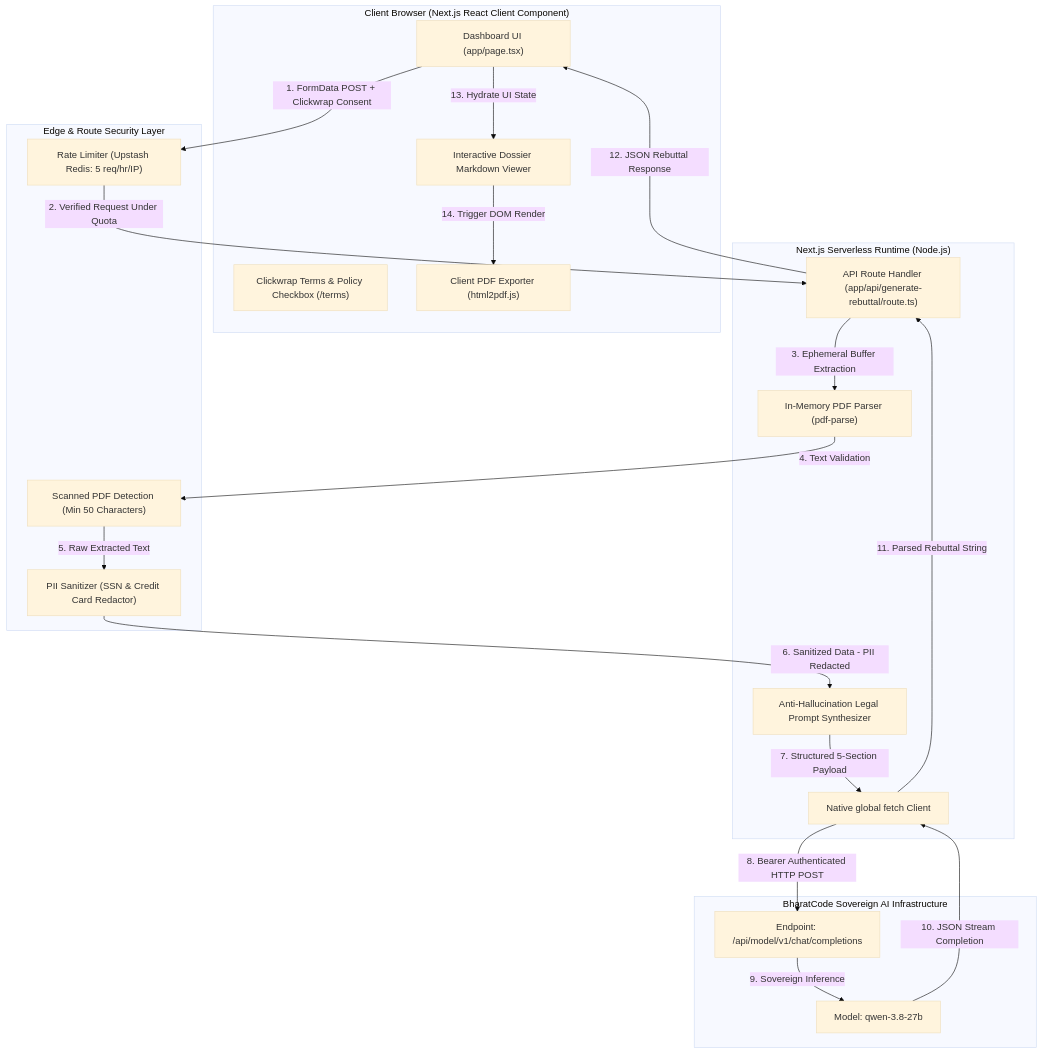
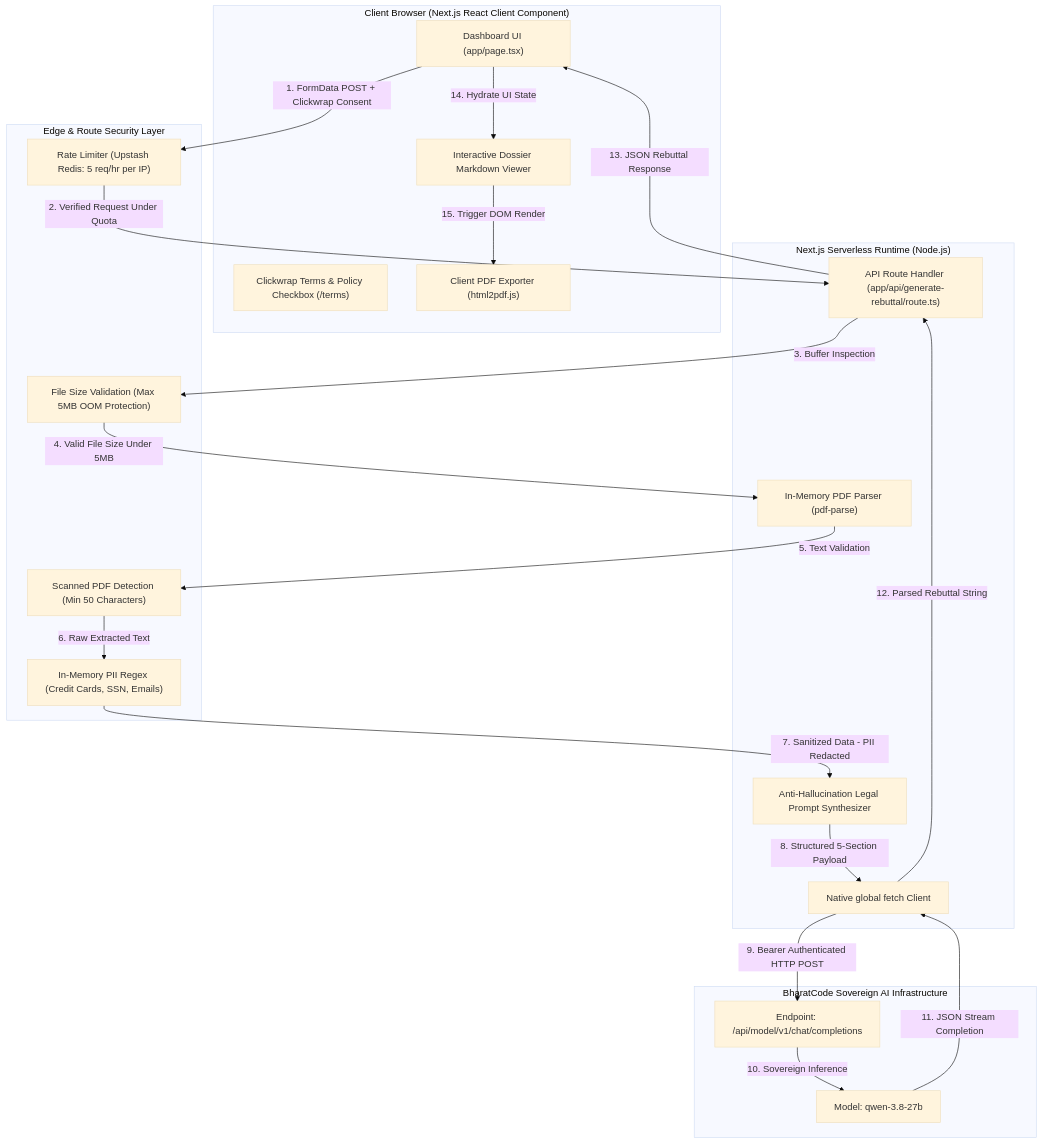
Before and after one commit to ursarthak001/NYAYA-AI: the diagram in README.md, drawn with Mermaid (base theme). The commit also changed other lines of this file and 5 other files, not shown here.

Commit message:
sec(api): add 5MB buffer validation, IP fallback rate limiting, email PII regex redaction, and updated architecture specs

````diff
--- a/README.md
+++ b/README.md
@@ -68,42 +68,44 @@
 ```mermaid
 flowchart TD
     subgraph Browser ["Client Browser (Next.js React Client Component)"]
         UI["Dashboard UI (app/page.tsx)"]
         TermsLink["Clickwrap Terms & Policy Checkbox (/terms)"]
         ExportPDF["Client PDF Exporter (html2pdf.js)"]
         Viewer["Interactive Dossier Markdown Viewer"]
     end
 
     subgraph SecurityShield ["Edge & Route Security Layer"]
-        RateLimit["Rate Limiter (Upstash Redis: 5 req/hr/IP)"]
+        RateLimit["Rate Limiter (Upstash Redis: 5 req/hr per IP)"]
+        FileSizeCheck["File Size Validation (Max 5MB OOM Protection)"]
         ScannedCheck["Scanned PDF Detection (Min 50 Characters)"]
-        PIIFilter["PII Sanitizer (SSN & Credit Card Redactor)"]
+        PIIFilter["In-Memory PII Regex (Credit Cards, SSN, Emails)"]
     end
 
     subgraph Serverless ["Next.js Serverless Runtime (Node.js)"]
         APIRoute["API Route Handler (app/api/generate-rebuttal/route.ts)"]
         PDFParser["In-Memory PDF Parser (pdf-parse)"]
         PromptEngine["Anti-Hallucination Legal Prompt Synthesizer"]
         NativeFetch["Native global fetch Client"]
     end
 
     subgraph BharatCodeGateway ["BharatCode Sovereign AI Infrastructure"]
         LLMEndpoint["Endpoint: /api/model/v1/chat/completions"]
         Model["Model: qwen-3.8-27b"]
     end
 
     UI -->|"1. FormData POST + Clickwrap Consent"| RateLimit
     RateLimit -->|"2. Verified Request Under Quota"| APIRoute
-    APIRoute -->|"3. Ephemeral Buffer Extraction"| PDFParser
-    PDFParser -->|"4. Text Validation"| ScannedCheck
-    ScannedCheck -->|"5. Raw Extracted Text"| PIIFilter
-    PIIFilter -->|"6. Sanitized Data - PII Redacted"| PromptEngine
-    PromptEngine -->|"7. Structured 5-Section Payload"| NativeFetch
-    NativeFetch -->|"8. Bearer Authenticated HTTP POST"| LLMEndpoint
-    LLMEndpoint -->|"9. Sovereign Inference"| Model
-    Model -->|"10. JSON Stream Completion"| NativeFetch
-    NativeFetch -->|"11. Parsed Rebuttal String"| APIRoute
-    APIRoute -->|"12. JSON Rebuttal Response"| UI
-    UI -->|"13. Hydrate UI State"| Viewer
-    Viewer -->|"14. Trigger DOM Render"| ExportPDF
+    APIRoute -->|"3. Buffer Inspection"| FileSizeCheck
+    FileSizeCheck -->|"4. Valid File Size Under 5MB"| PDFParser
+    PDFParser -->|"5. Text Validation"| ScannedCheck
+    ScannedCheck -->|"6. Raw Extracted Text"| PIIFilter
+    PIIFilter -->|"7. Sanitized Data - PII Redacted"| PromptEngine
+    PromptEngine -->|"8. Structured 5-Section Payload"| NativeFetch
+    NativeFetch -->|"9. Bearer Authenticated HTTP POST"| LLMEndpoint
+    LLMEndpoint -->|"10. Sovereign Inference"| Model
+    Model -->|"11. JSON Stream Completion"| NativeFetch
+    NativeFetch -->|"12. Parsed Rebuttal String"| APIRoute
+    APIRoute -->|"13. JSON Rebuttal Response"| UI
+    UI -->|"14. Hydrate UI State"| Viewer
+    Viewer -->|"15. Trigger DOM Render"| ExportPDF
 ```
````
